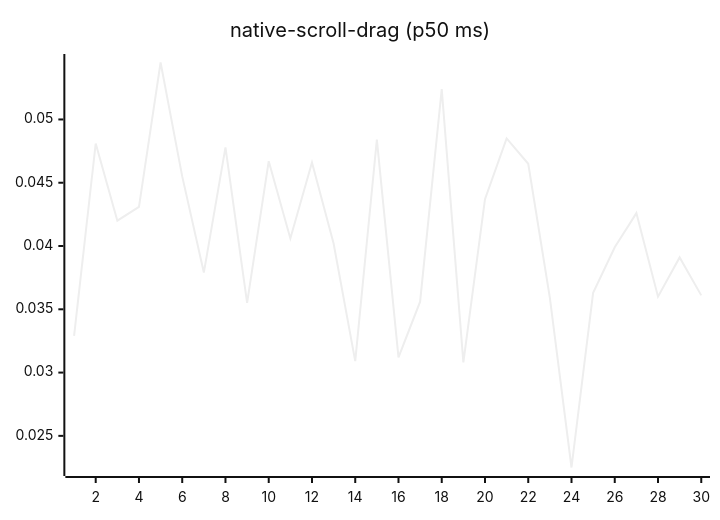
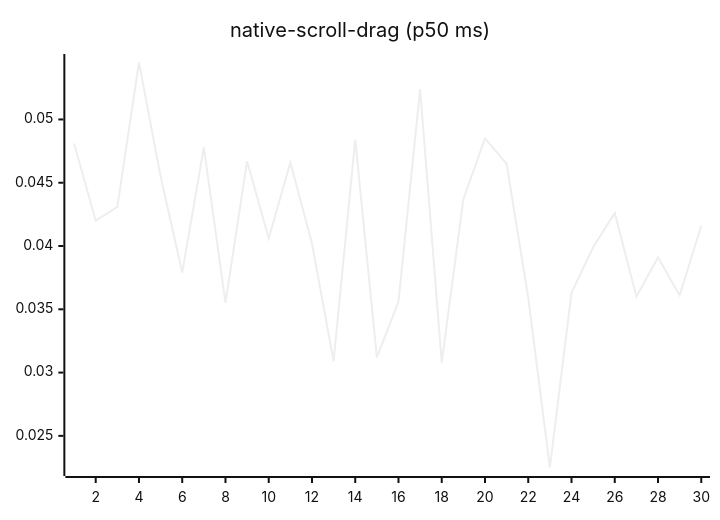
Before and after one commit to josha/Facet: diagram 14 of 27 in README.md, drawn with Mermaid (neutral theme). The commit also changed other lines of this file and 2 other files, not shown here.

````diff
--- a/README.md
+++ b/README.md
@@ -154,6 +154,6 @@
 ```mermaid
 xychart-beta
     title "native-scroll-drag (p50 ms)"
     x-axis 1 --> 30
-    line [0.0329, 0.0481, 0.0420, 0.0431, 0.0545, 0.0455, 0.0379, 0.0478, 0.0355, 0.0467, 0.0406, 0.0466, 0.0402, 0.0309, 0.0484, 0.0312, 0.0356, 0.0524, 0.0308, 0.0437, 0.0485, 0.0465, 0.0359, 0.0225, 0.0363, 0.0399, 0.0426, 0.0360, 0.0391, 0.0361]
+    line [0.0481, 0.0420, 0.0431, 0.0545, 0.0455, 0.0379, 0.0478, 0.0355, 0.0467, 0.0406, 0.0466, 0.0402, 0.0309, 0.0484, 0.0312, 0.0356, 0.0524, 0.0308, 0.0437, 0.0485, 0.0465, 0.0359, 0.0225, 0.0363, 0.0399, 0.0426, 0.0360, 0.0391, 0.0361, 0.0416]
 ```
````
